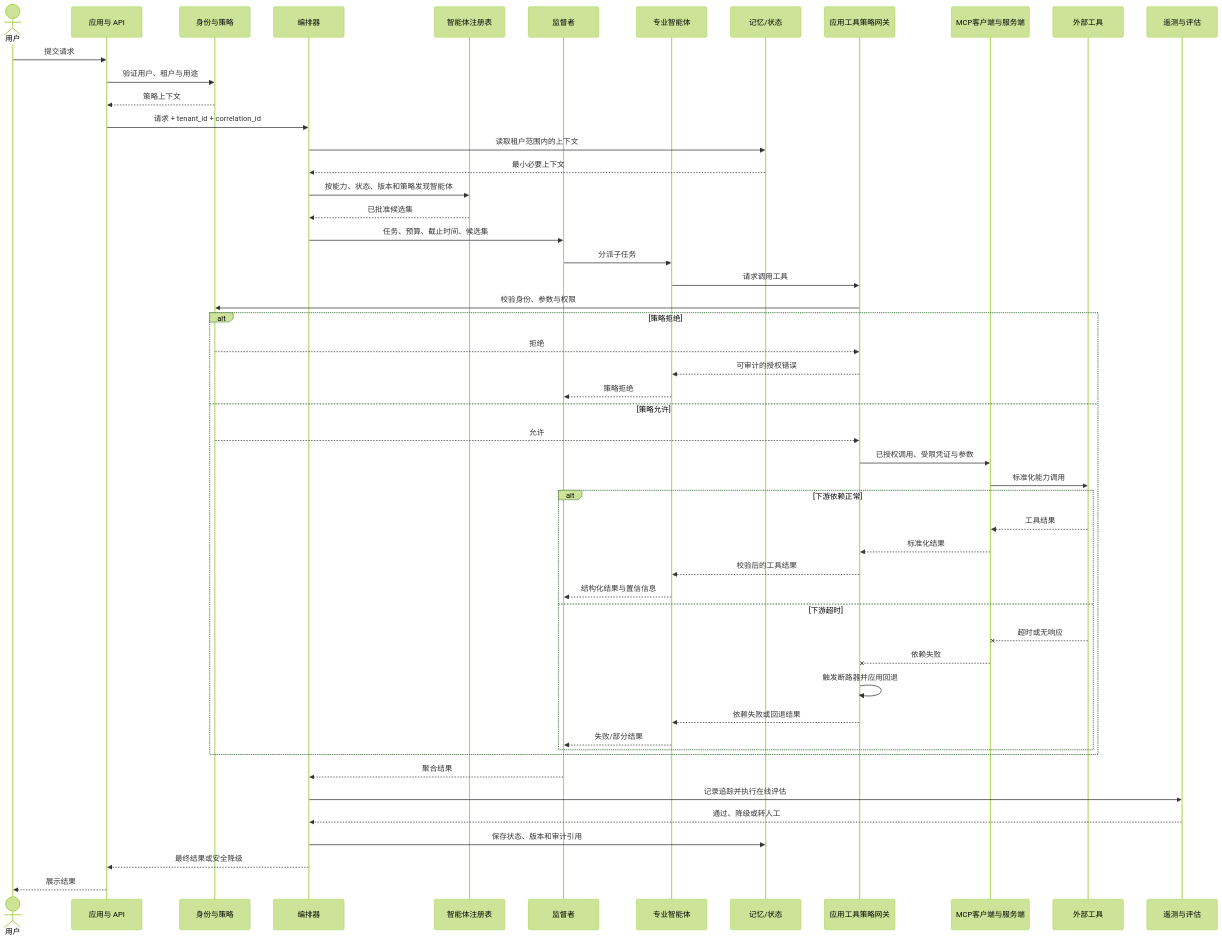
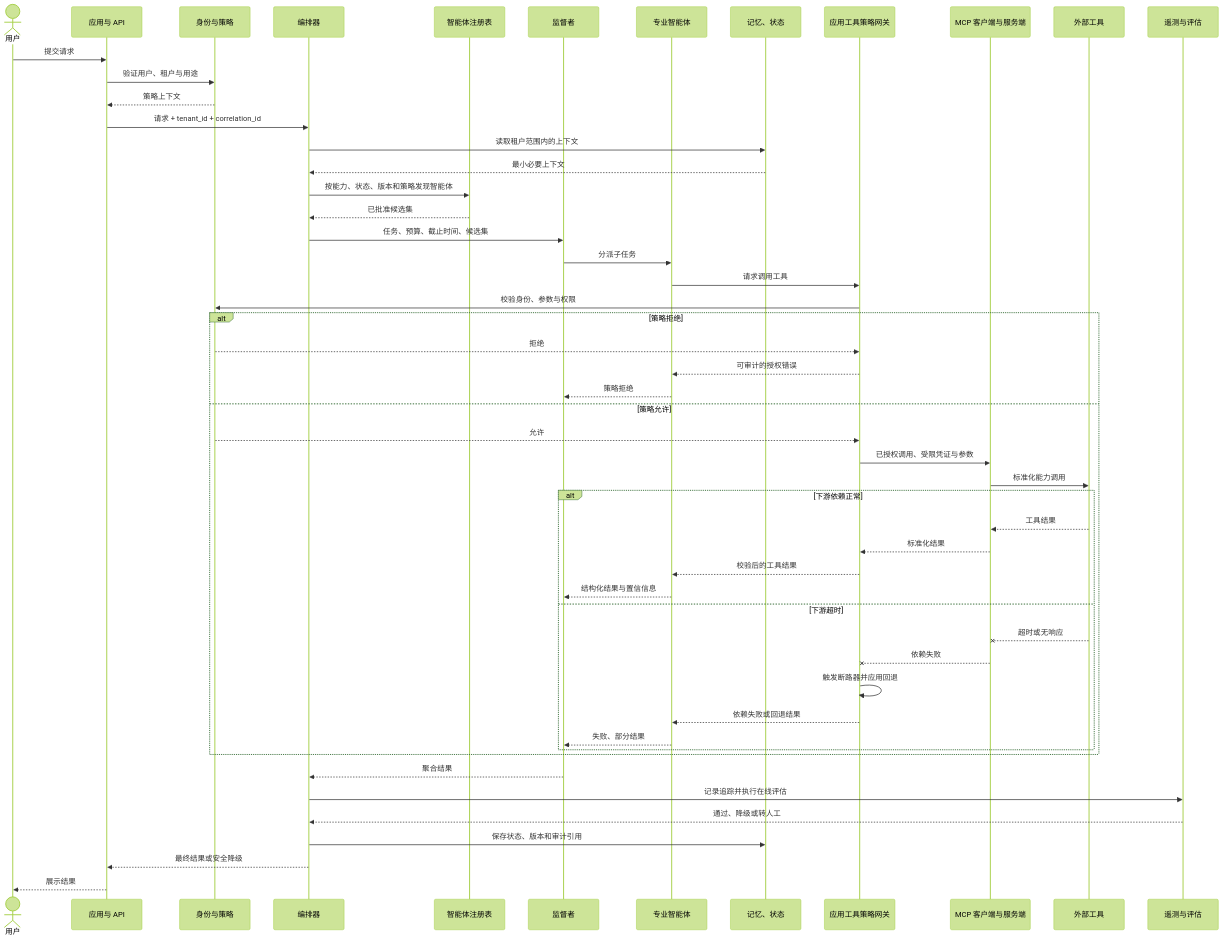
One commit to sealday/tego-arch changed the second of 2 diagrams in content/cases/microsoft-multi-agent-reference-architecture.mdx. Above: the diagram before and after it, drawn with Mermaid (forest theme). The commit also changed other lines of this file and 33 other files, not shown here.

````diff
--- a/content/cases/microsoft-multi-agent-reference-architecture.mdx
+++ b/content/cases/microsoft-multi-agent-reference-architecture.mdx
@@ -217,58 +217,58 @@
 ```mermaid
 sequenceDiagram
   accTitle: 受控多智能体任务流与分层失败处理
   accDescr: 请求先完成租户策略校验和智能体发现；专业智能体获准后调用外部工具，策略拒绝与工具超时或熔断分别处理。
 
   actor U as 用户
   participant App as 应用与 API
   participant P as 身份与策略
   participant O as 编排器
   participant R as 智能体注册表
   participant S as 监督者
   participant A as 专业智能体
-  participant M as 记忆/状态
+  participant M as 记忆、状态
   participant G as 应用工具策略网关
-  participant C as MCP客户端与服务端
+  participant C as MCP 客户端与服务端
   participant T as 外部工具
   participant E as 遥测与评估
 
   U->>App: 提交请求
   App->>P: 验证用户、租户与用途
   P-->>App: 策略上下文
   App->>O: 请求 + tenant_id + correlation_id
   O->>M: 读取租户范围内的上下文
   M-->>O: 最小必要上下文
   O->>R: 按能力、状态、版本和策略发现智能体
   R-->>O: 已批准候选集
   O->>S: 任务、预算、截止时间、候选集
   S->>A: 分派子任务
   A->>G: 请求调用工具
   G->>P: 校验身份、参数与权限
   alt 策略拒绝
     P-->>G: 拒绝
     G-->>A: 可审计的授权错误
     A-->>S: 策略拒绝
   else 策略允许
     P-->>G: 允许
     G->>C: 已授权调用、受限凭证与参数
     C->>T: 标准化能力调用
     alt 下游依赖正常
       T-->>C: 工具结果
       C-->>G: 标准化结果
       G-->>A: 校验后的工具结果
       A-->>S: 结构化结果与置信信息
     else 下游超时
       T--xC: 超时或无响应
       C--xG: 依赖失败
       G->>G: 触发断路器并应用回退
       G-->>A: 依赖失败或回退结果
-      A-->>S: 失败/部分结果
+      A-->>S: 失败、部分结果
     end
   end
   S-->>O: 聚合结果
   O->>E: 记录追踪并执行在线评估
   E-->>O: 通过、降级或转人工
   O->>M: 保存状态、版本和审计引用
   O-->>App: 最终结果或安全降级
   App-->>U: 展示结果
 ```
````
